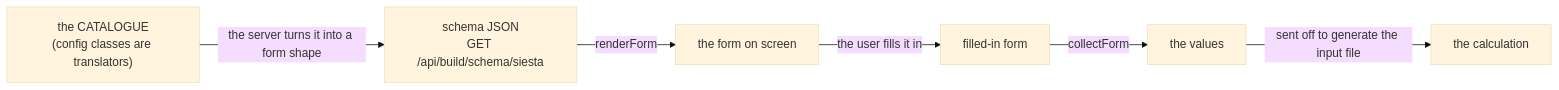
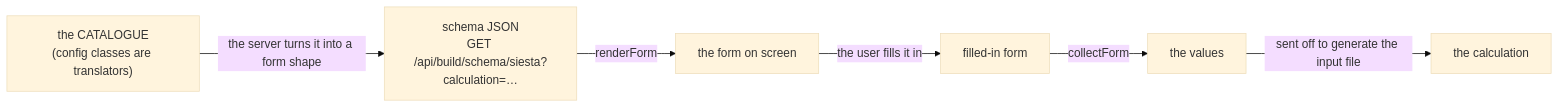
The diagram in docs/web/form-schema.md (Qing-LAB/molbuilder), drawn with Mermaid (base theme) before and after one commit. The commit also changed other lines of this file and 59 other files, not shown here.

````diff
--- a/docs/web/form-schema.md
+++ b/docs/web/form-schema.md
@@ -359,9 +359,9 @@
 ```mermaid
 flowchart LR
     DC["the CATALOGUE<br/>(config classes are translators)"]
-    DC -->|"the server turns it into a form shape"| SCHEMA["schema JSON<br/>GET /api/build/schema/siesta"]
+    DC -->|"the server turns it into a form shape"| SCHEMA["schema JSON<br/>GET /api/build/schema/siesta?calculation=…"]
     SCHEMA -->|"renderForm"| FORM["the form on screen"]
     FORM -->|"the user fills it in"| FILLED["filled-in form"]
     FILLED -->|"collectForm"| VALUES["the values"]
     VALUES -->|"sent off to generate the input file"| GEN["the calculation"]
 ```
````
